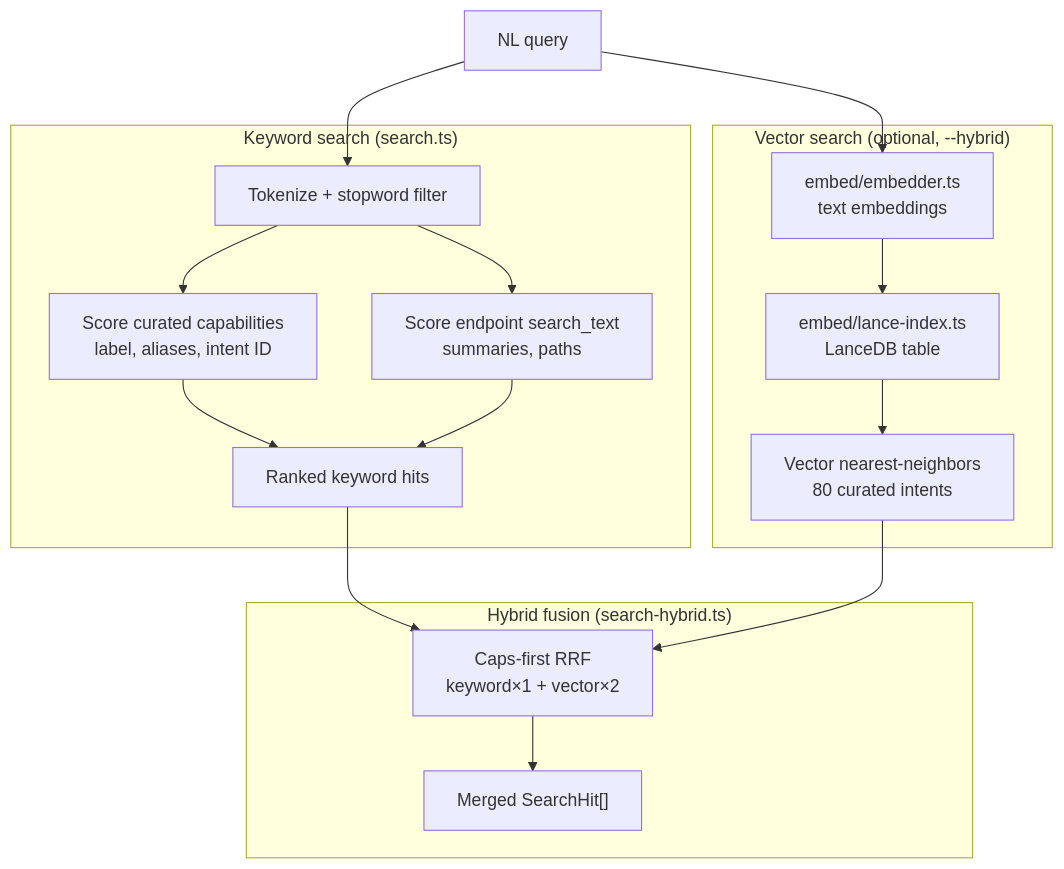
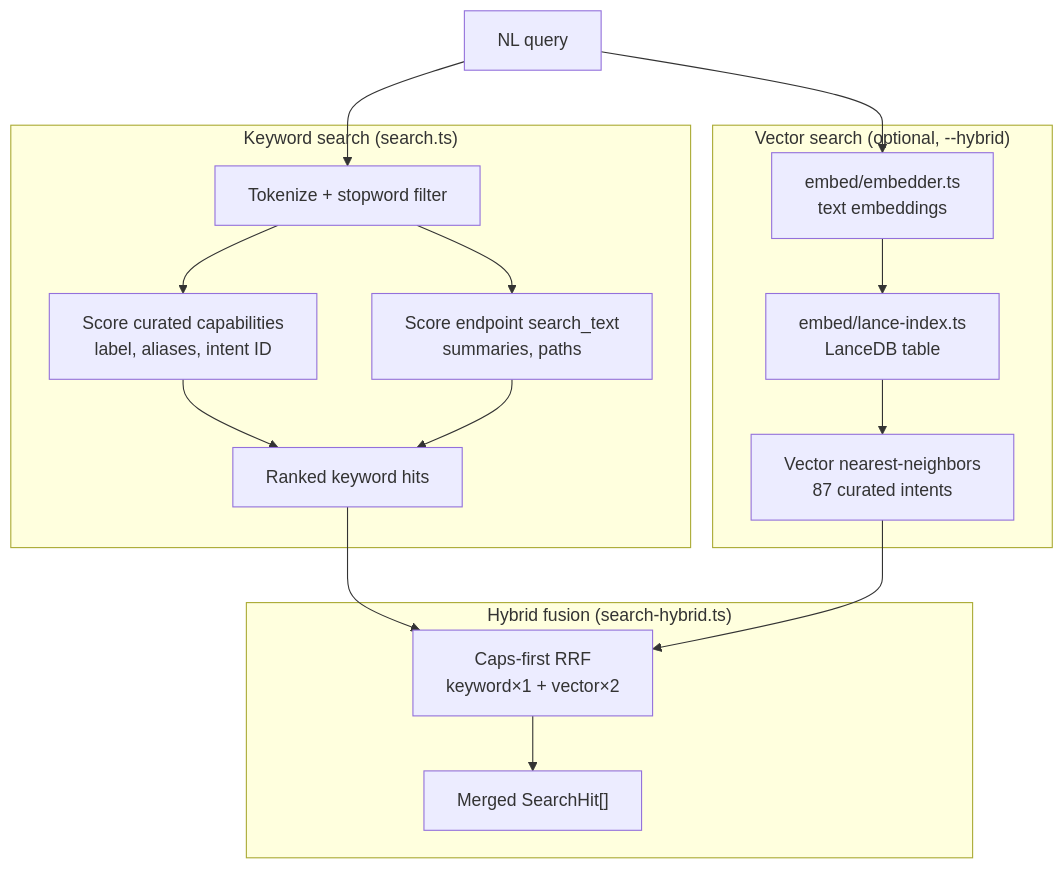
Before and after one commit to Syntalic/OASIS: the third of 5 diagrams in ARCHITECTURE.md, drawn with Mermaid. The commit also changed other lines of this file and 5 other files, not shown here.

````diff
--- a/ARCHITECTURE.md
+++ b/ARCHITECTURE.md
@@ -118,32 +118,32 @@
 ```mermaid
 flowchart TB
   Q["NL query"]
 
   subgraph keyword["Keyword search (search.ts)"]
     TOK["Tokenize + stopword filter"]
     CAPS["Score curated capabilities<br/>label, aliases, intent ID"]
     EPS["Score endpoint search_text<br/>summaries, paths"]
     KW["Ranked keyword hits"]
   end
 
   subgraph vector["Vector search (optional, --hybrid)"]
     EMB["embed/embedder.ts<br/>text embeddings"]
     LANCE["embed/lance-index.ts<br/>LanceDB table"]
-    VEC["Vector nearest-neighbors<br/>80 curated intents"]
+    VEC["Vector nearest-neighbors<br/>87 curated intents"]
   end
 
   subgraph fusion["Hybrid fusion (search-hybrid.ts)"]
     RRF["Caps-first RRF<br/>keyword×1 + vector×2"]
     OUT["Merged SearchHit[]"]
   end
 
   Q --> TOK
   TOK --> CAPS --> KW
   TOK --> EPS --> KW
 
   Q --> EMB --> LANCE --> VEC
 
   KW --> RRF
   VEC --> RRF
   RRF --> OUT
 ```
````
